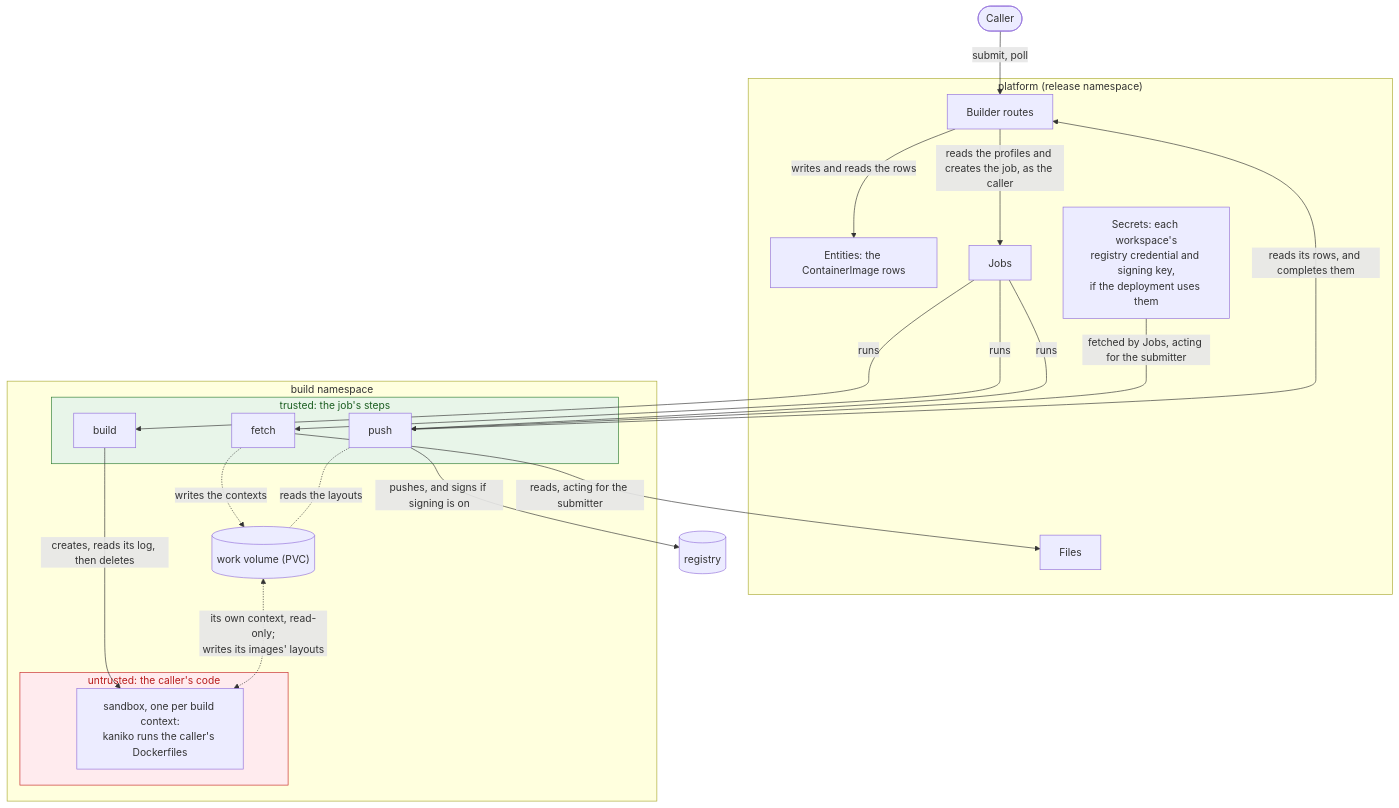
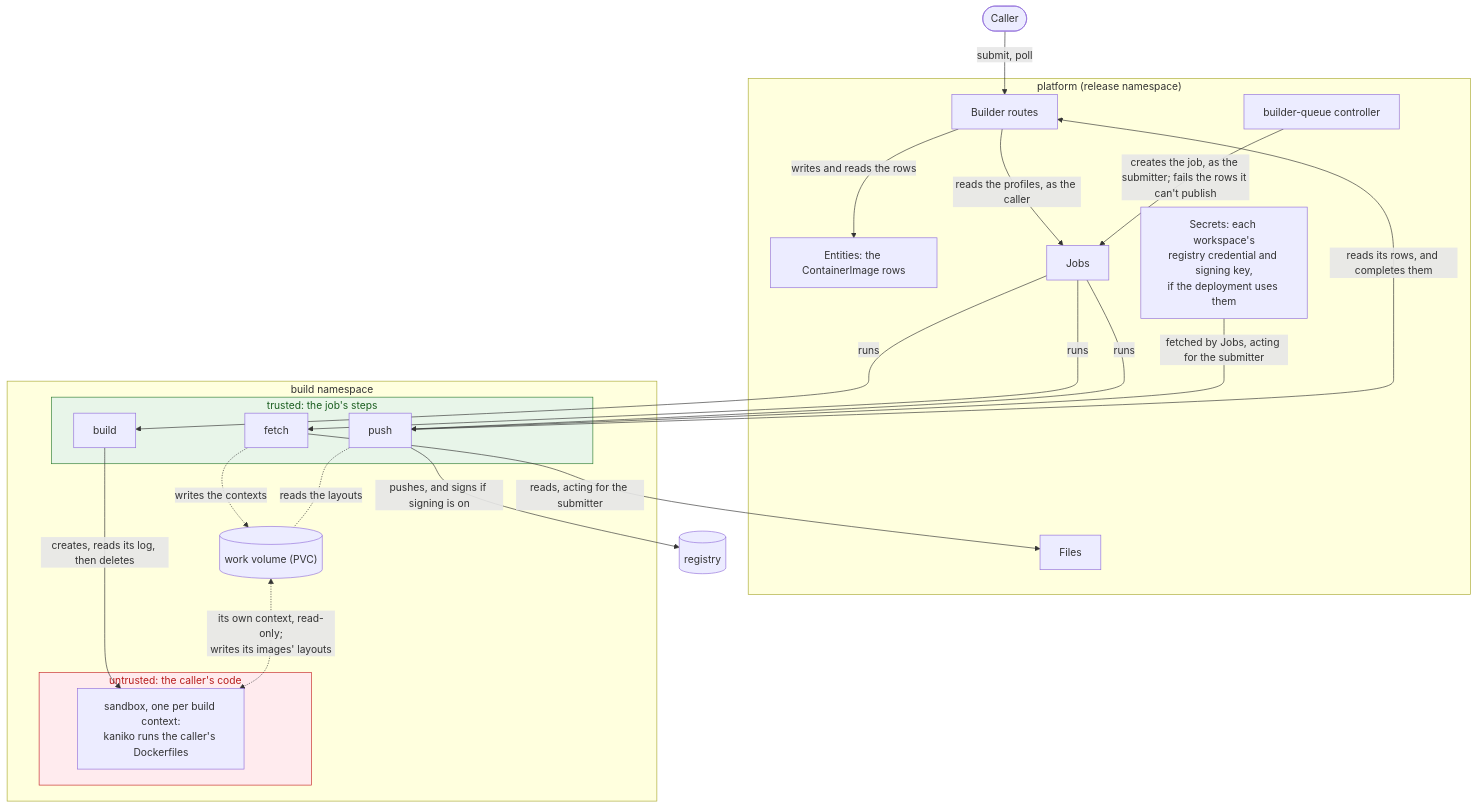
Before and after one commit to NVIDIA-NeMo/nemo-helix: the first of 2 diagrams in plugins/nemo-builder/README.md, drawn with Mermaid. The commit also changed other lines of this file and 8 other files, not shown here.

First line of the commit message:
fix(builder): queue every build, instead of sweeping the rows the queue misses

````diff
--- a/plugins/nemo-builder/README.md
+++ b/plugins/nemo-builder/README.md
@@ -417,39 +416,41 @@
 ```mermaid
 flowchart TB
     caller([Caller])
     subgraph platform ["platform (release namespace)"]
         api[Builder routes]
+        queue[builder-queue controller]
         entities["Entities: the ContainerImage rows"]
         jobs[Jobs]
         files[Files]
         secrets["Secrets: each workspace's<br/>registry credential and signing key,<br/>if the deployment uses them"]
     end
     subgraph builds ["build namespace"]
         subgraph trusted ["trusted: the job's steps"]
             fetch[fetch]
             build[build]
             push[push]
         end
         work[("work volume (PVC)")]
         subgraph untrusted ["untrusted: the caller's code"]
             sandbox["sandbox, one per build context:<br/>kaniko runs the caller's Dockerfiles"]
         end
     end
     registry[(registry)]
 
     caller -->|submit, poll| api
     api -->|writes and reads the rows| entities
-    api -->|reads the profiles and creates the job, as the caller| jobs
+    api -->|reads the profiles, as the caller| jobs
+    queue -->|creates the job, as the submitter; fails the rows it can't publish| jobs
     jobs -->|runs| fetch & build & push
     fetch -->|reads, acting for the submitter| files
     build -->|creates, reads its log, then deletes| sandbox
     fetch -.->|writes the contexts| work
     push -.-|reads the layouts| work
     work <-.->|"its own context, read-only;<br/>writes its images' layouts"| sandbox
     secrets -->|fetched by Jobs, acting for the submitter| push
     push -->|pushes, and signs if signing is on| registry
     push -->|reads its rows, and completes them| api
 
     style trusted fill:#e8f5e9,stroke:#2e7d32,color:#1b5e20
     style untrusted fill:#ffebee,stroke:#c62828,color:#b71c1c
 ```
````
